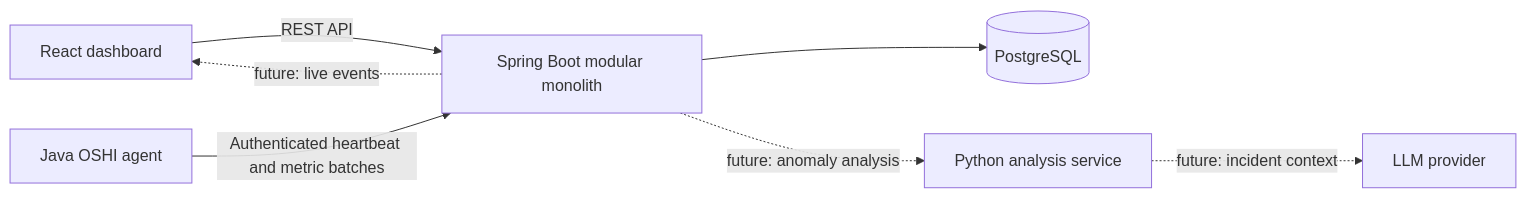
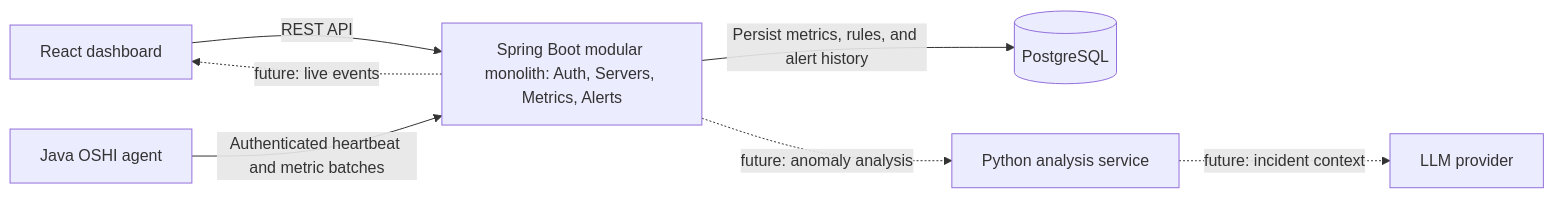
One commit to peep88/NexusOps changed the diagram in README.md. Above: the diagram before and after it, drawn with Mermaid. The commit also changed other lines of this file and 17 other files, not shown here.

Commit message:
Added alerts and rule management for servers

````diff
--- a/README.md
+++ b/README.md
@@ -37,9 +43,9 @@
 ```mermaid
 flowchart LR
-    UI[React dashboard] -->|REST API| API[Spring Boot modular monolith]
+    UI[React dashboard] -->|REST API| API[Spring Boot modular monolith: Auth, Servers, Metrics, Alerts]
     Agent[Java OSHI agent] -->|Authenticated heartbeat and metric batches| API
-    API --> DB[(PostgreSQL)]
+    API -->|Persist metrics, rules, and alert history| DB[(PostgreSQL)]
     API -. future: live events .-> UI
     API -. future: anomaly analysis .-> ML[Python analysis service]
     ML -. future: incident context .-> LLM[LLM provider]
 ```
````
